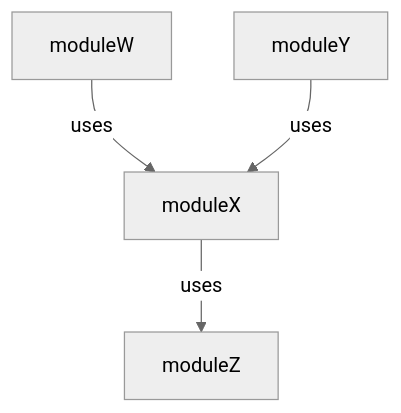
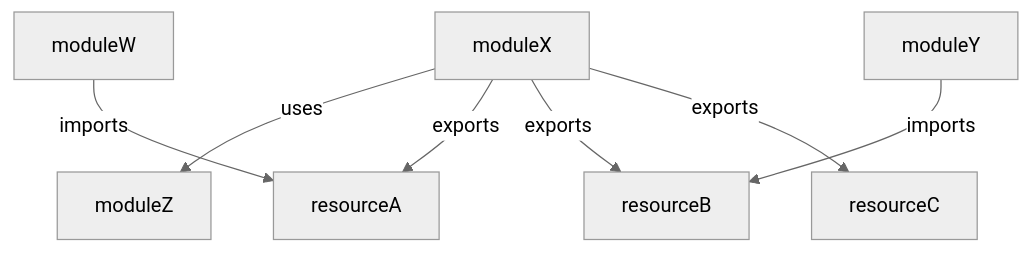
Before and after one commit to maglocvnus/data: the diagram in m/modularisation.md, drawn with Mermaid (neutral theme).

Commit message:
Update modularisation.md with resource imports/exports

````diff
--- a/m/modularisation.md
+++ b/m/modularisation.md
@@ -13,7 +13,11 @@
 ```mermaid
 graph TD
+  
   moduleX -- uses --> moduleZ
-  moduleW -- uses --> moduleX
-  moduleY -- uses --> moduleX
+  moduleW -- imports --> resourceA
+  moduleY -- imports --> resourceB
+  moduleX -- exports --> resourceA
+  moduleX -- exports --> resourceB
+  moduleX -- exports --> resourceC
 
 ```
````
